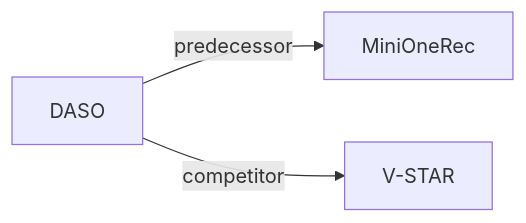
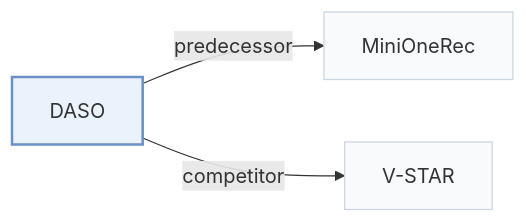
Before and after one commit to Galaxy-ghost/Awesome-SID-Generative-Rec: the second of 2 diagrams in pages/papers/daso.md, drawn with Mermaid. The commit also changed other lines of this file and 649 other files, not shown here.

Commit message:
writer-05: also tags and modality index (schema, check, build, visuals); summary field removed; calibration data for 12 papers

````diff
--- a/pages/papers/daso.md
+++ b/pages/papers/daso.md
@@ -68,6 +74,10 @@
 ```mermaid
 flowchart LR
     P["DASO"]
-    P -->|predecessor| A["MiniOneRec"]
-    P -->|competitor| B["V-STAR"]
+    P -->|"predecessor"| A["MiniOneRec"]
+    P -->|"competitor"| B["V-STAR"]
+    classDef main fill:#eaf2fb,stroke:#6b8fc7,stroke-width:2px
+    classDef peer fill:#f8fafc,stroke:#cbd5e1
+    class P main
+    class A,B peer
 ```
````
